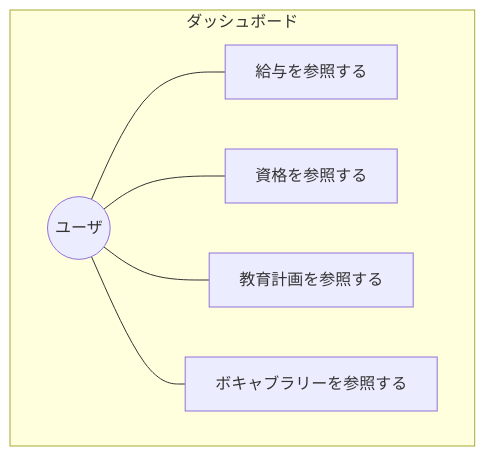
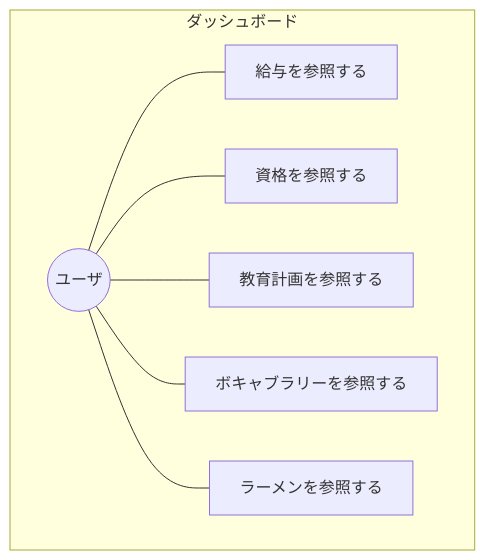
One commit to mori-akira/jibun-dashboard changed the first of 5 diagrams in doc/02.usecase/usecase.md. Above: the diagram before and after it, drawn with Mermaid. The commit also changed other lines of this file and 1 other file, not shown here.

````diff
--- a/doc/02.usecase/usecase.md
+++ b/doc/02.usecase/usecase.md
@@ -3,16 +3,18 @@
 ```mermaid
 graph TB
 
     subgraph "ダッシュボード"
         user((ユーザ))
         salary[給与を参照する]
         qualification[資格を参照する]
         educationPlan[教育計画を参照する]
         vocabulary[ボキャブラリーを参照する]
+        ramen[ラーメンを参照する]
     end
 
     user --- salary
     user --- qualification
     user --- educationPlan
     user --- vocabulary
+    user --- ramen
 ```
````
